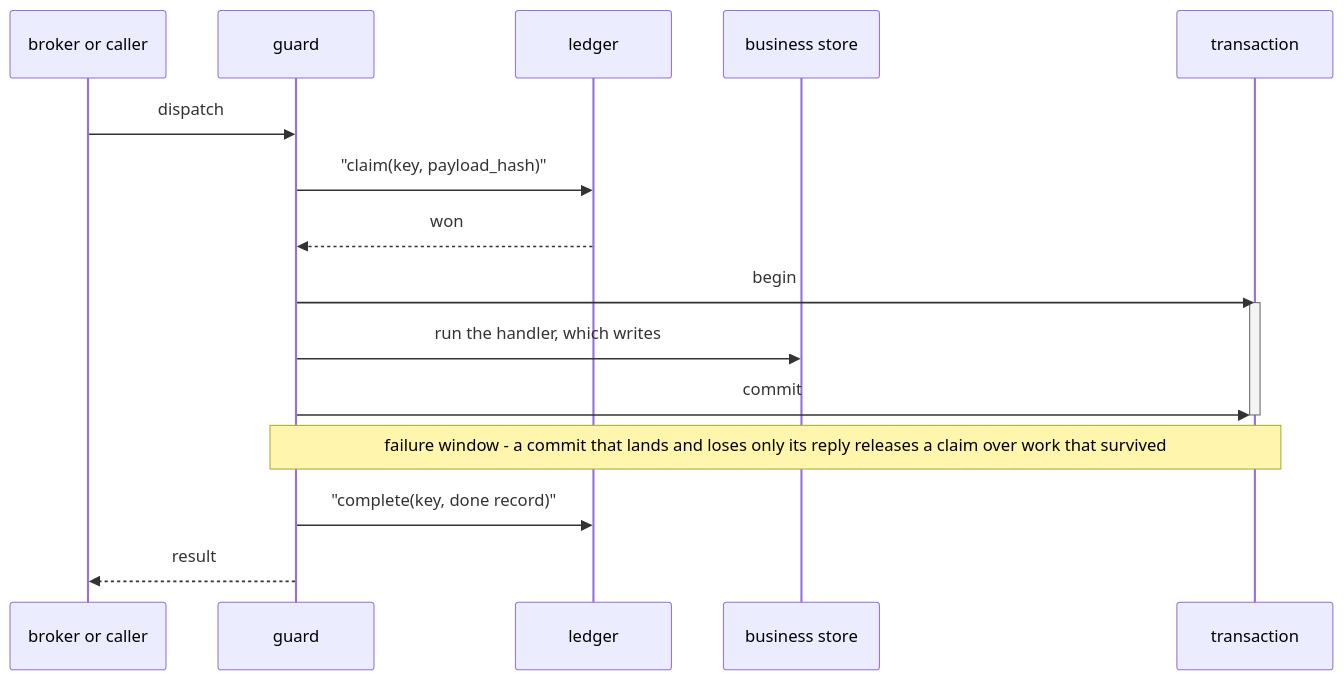
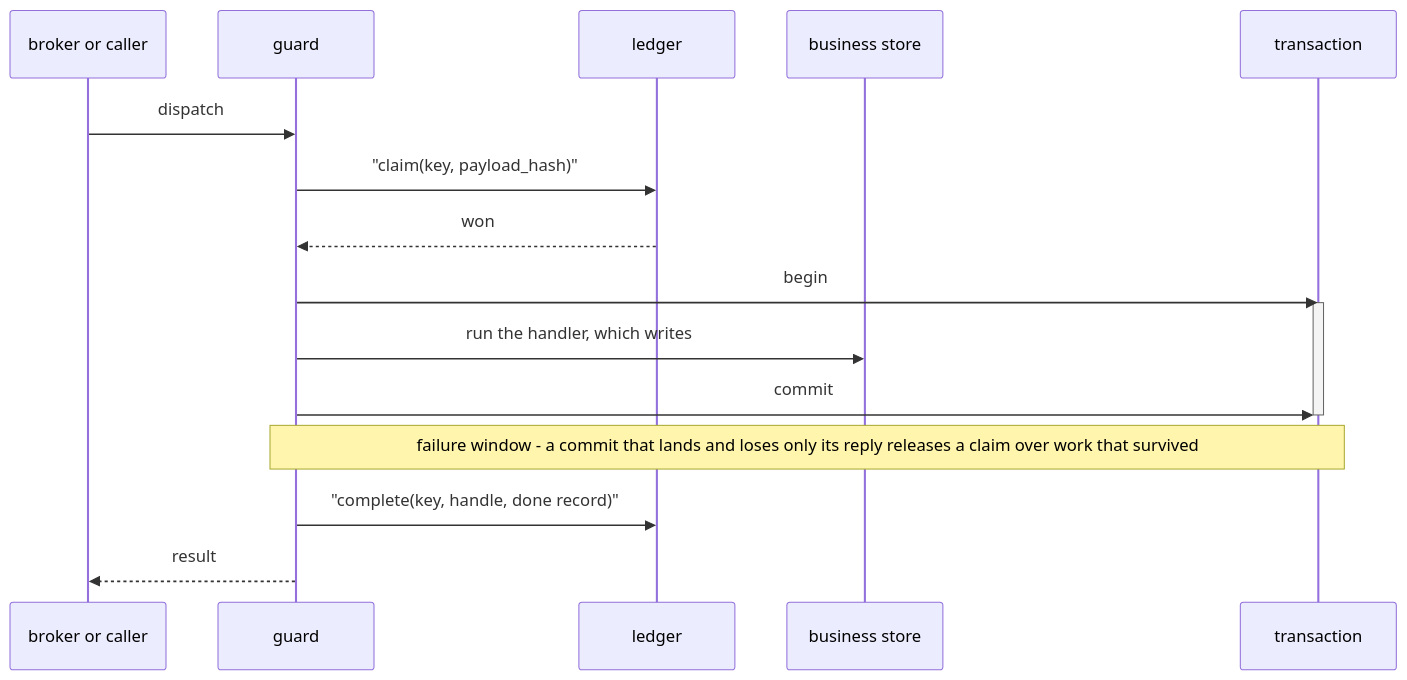
One commit to haskian/edax changed the second of 3 diagrams in docs/sdk/idempotency.md. Above: the diagram before and after it, drawn with Mermaid. The commit also changed other lines of this file and 234 other files, not shown here.

````diff
--- a/docs/sdk/idempotency.md
+++ b/docs/sdk/idempotency.md
@@ -103,20 +109,20 @@
 ```mermaid
 sequenceDiagram
     participant B as broker or caller
     participant G as guard
     participant L as ledger
     participant S as business store
     participant T as transaction
 
     B->>G: dispatch
     G->>L: "claim(key, payload_hash)"
     L-->>G: won
     G->>T: begin
     activate T
     G->>S: run the handler, which writes
     G->>T: commit
     deactivate T
     Note over G,T: failure window - a commit that lands and loses only its reply releases a claim over work that survived
-    G->>L: "complete(key, done record)"
+    G->>L: "complete(key, handle, done record)"
     G-->>B: result
 ```
````
